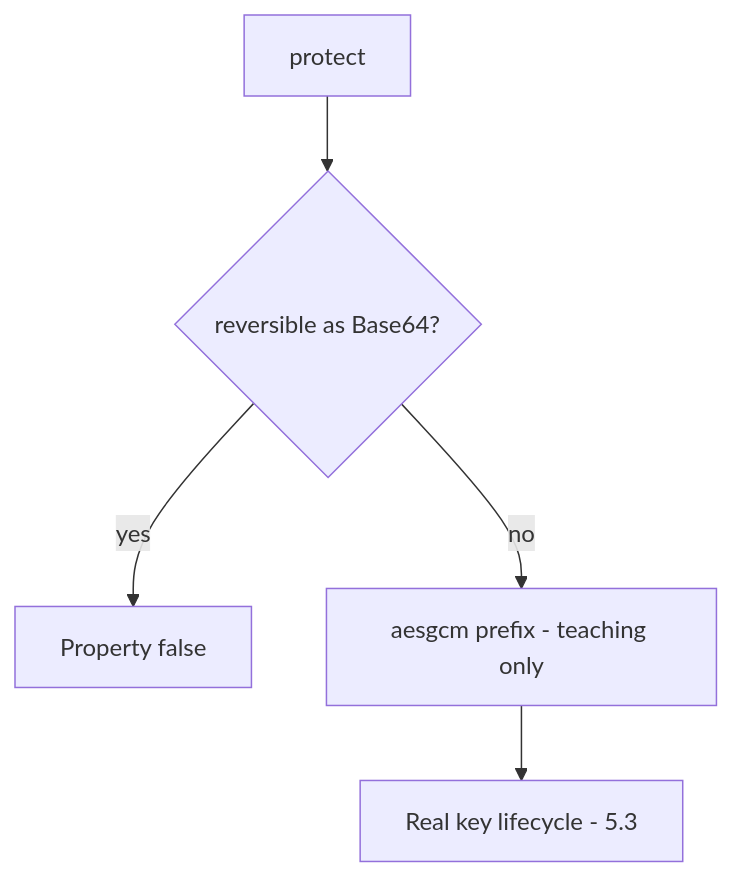
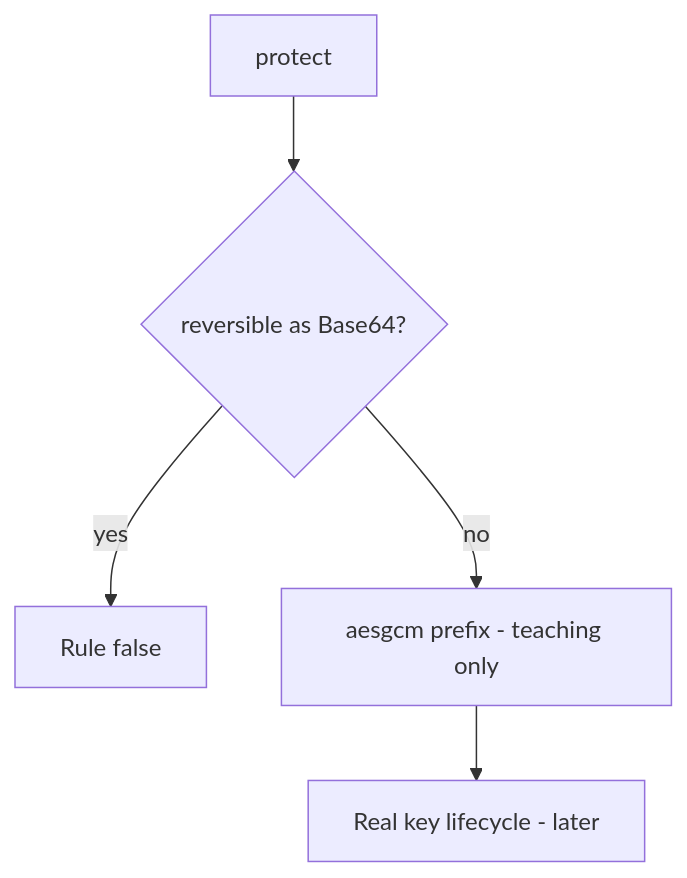
The diagram in content/modules/5/5.2/lessons/04-build.md (ishitvagoel/LearnSecurity), drawn with Mermaid before and after one commit. The commit also changed other lines of this file and 39 other files, not shown here.

````diff
--- a/content/modules/5/5.2/lessons/04-build.md
+++ b/content/modules/5/5.2/lessons/04-build.md
@@ -15,7 +16,7 @@
 ```mermaid
 flowchart TD
   Call[protect] --> Enc{"reversible as Base64?"}
-  Enc -->|yes| Fail[Property false]
+  Enc -->|yes| Fail[Rule false]
   Enc -->|no| Flag["aesgcm prefix - teaching only"]
-  Flag --> Keys["Real key lifecycle - 5.3"]
+  Flag --> Keys["Real key lifecycle - later"]
 ```
````
